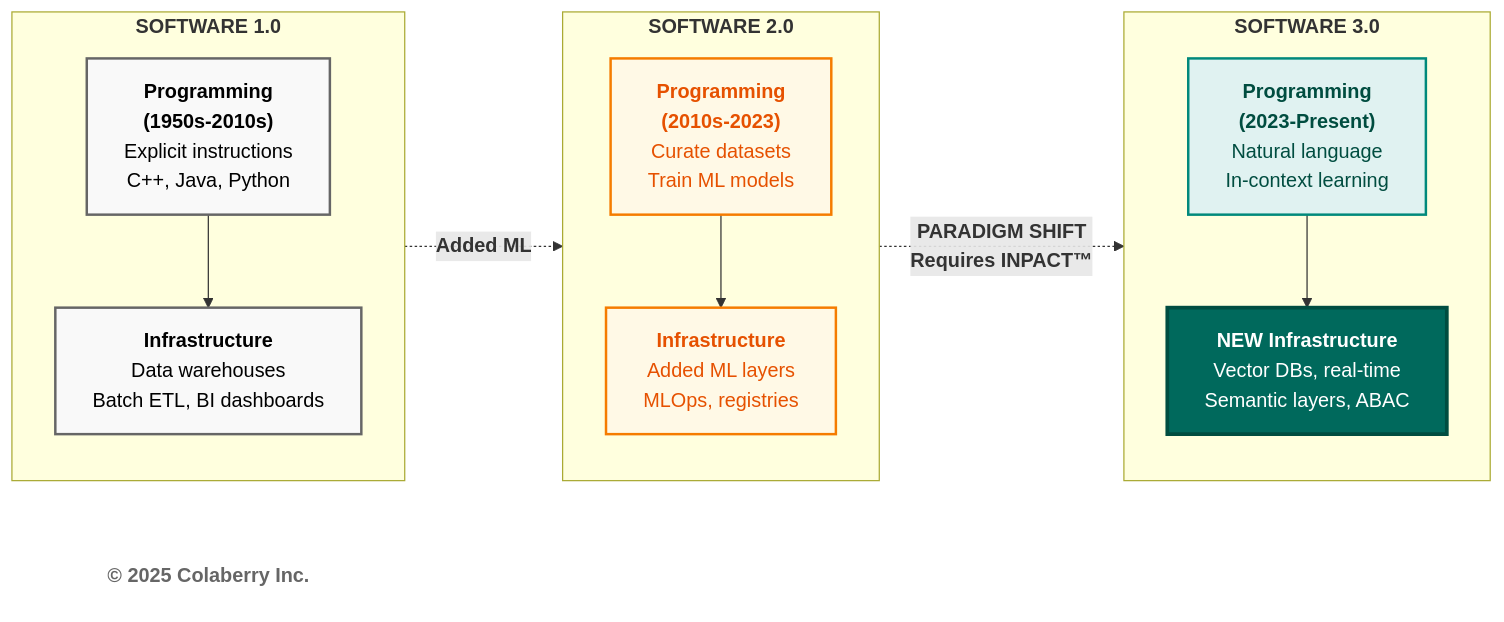
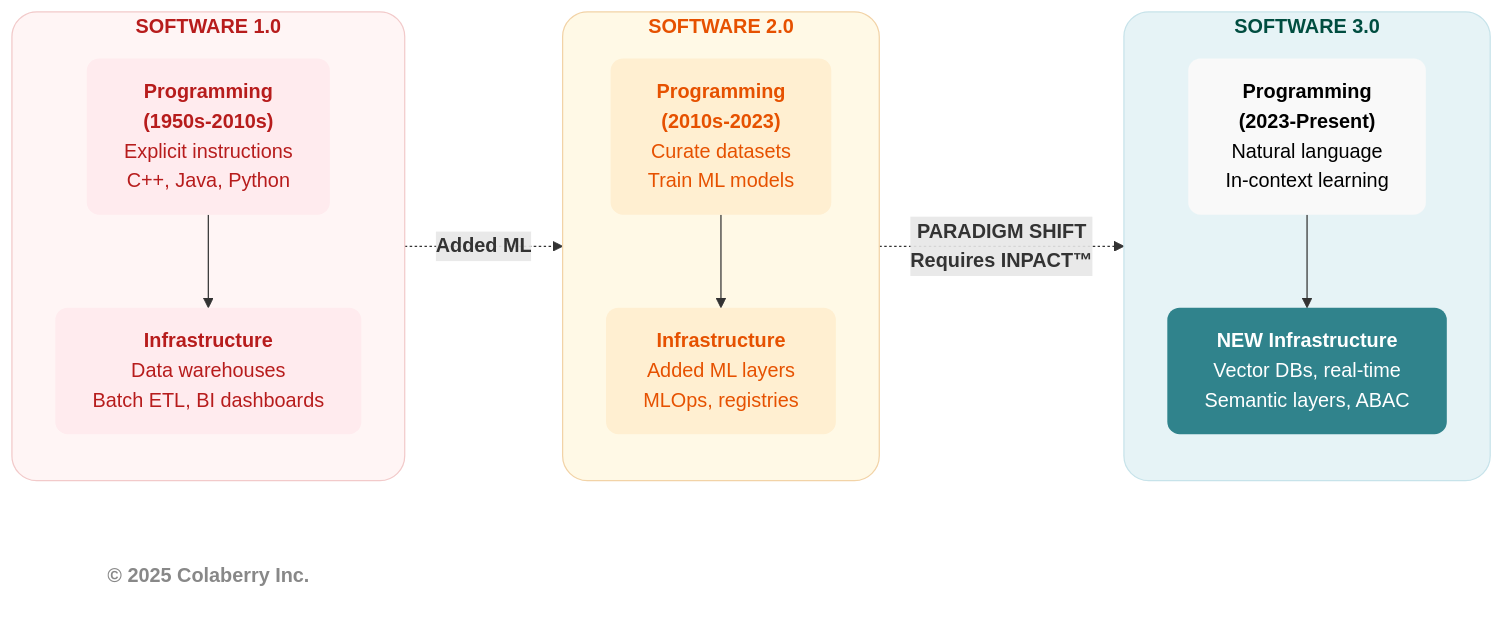
One commit to saitejesh-cyber/trust-before-intelligence-book changed the second of 4 diagrams in manuscript/04_chapter_3_from_bi_to_agent.md. Above: the diagram before and after it, drawn with Mermaid. The commit also changed other lines of this file and 4 other files, not shown here.

Commit message:
Chapter 1to5: Updated mermaid diagrams based on new colaberry color code

````diff
--- a/manuscript/04_chapter_3_from_bi_to_agent.md
+++ b/manuscript/04_chapter_3_from_bi_to_agent.md
@@ -138,42 +138,46 @@
 ```mermaid
 graph LR
     subgraph era1["<b>SOFTWARE 1.0</b>"]
         direction TB
         P1["<b>Programming</b><br/><b>(1950s-2010s)</b><br/>Explicit instructions<br/>C++, Java, Python"]
         I1["<b>Infrastructure</b><br/>Data warehouses<br/>Batch ETL, BI dashboards"]
         P1 --> I1
     end
     
     subgraph era2["<b>SOFTWARE 2.0</b>"]
         direction TB
         P2["<b>Programming</b><br/><b>(2010s-2023)</b><br/>Curate datasets<br/>Train ML models"]
         I2["<b>Infrastructure</b><br/>Added ML layers<br/>MLOps, registries"]
         P2 --> I2
     end
     
     subgraph era3["<b>SOFTWARE 3.0</b>"]
         direction TB
         P3["<b>Programming</b><br/><b>(2023-Present)</b><br/>Natural language<br/>In-context learning"]
         I3["<b>NEW Infrastructure</b><br/>Vector DBs, real-time<br/>Semantic layers, ABAC"]
         P3 --> I3
     end
     
+    era1 -.->|<b>Added ML</b>| era2
+    era2 -.->|<b>PARADIGM SHIFT<br/>Requires INPACT™</b>| era3
+    
     Copyright["<b>© 2025 Colaberry Inc.</b>"]
-    
-    era1 -.->|<b>Added ML</b>| era2
-    era2 -.->|<b>PARADIGM SHIFT <br> Requires INPACT™ </b>| era3
-    
-    %% Era 1 - Neutral/Gray (Old)
-    style P1 fill:#f9f9f9,stroke:#666666,stroke-width:2px,color:#000000
-    style I1 fill:#f9f9f9,stroke:#666666,stroke-width:2px,color:#000000
-    
-    %% Era 2 - Orange (Transition/ML Addition)
-    style P2 fill:#fff9e6,stroke:#f57c00,stroke-width:2px,color:#e65100
-    style I2 fill:#fff9e6,stroke:#f57c00,stroke-width:2px,color:#e65100
-    
-    %% Era 3 - Teal (Modern/Agent-Ready)
-    style P3 fill:#e0f2f1,stroke:#00897b,stroke-width:2px,color:#004d40
-    style I3 fill:#00695c,color:#ffffff,stroke:#004d40,stroke-width:3px
-    
-    style Copyright fill:#ffffff,stroke:none,color:#666666
+
+    %% 🔴 SOFTWARE 1.0 — FAILURE / BI-ERA
+    style era1 fill:#fff5f5,stroke:#f2caca,stroke-width:1px,color:#b71c1c,rx:20,ry:20
+    style P1 fill:#ffebee,stroke:none,color:#b71c1c,rx:10,ry:10
+    style I1 fill:#ffebee,stroke:none,color:#b71c1c,rx:10,ry:10
+
+    %% 🟠 SOFTWARE 2.0 — INTERMEDIATE / PRESSURE
+    style era2 fill:#fff9e6,stroke:#f2d3a7,stroke-width:1px,color:#e65100,rx:20,ry:20
+    style P2 fill:#ffefd1,stroke:none,color:#e65100,rx:10,ry:10
+    style I2 fill:#ffefd1,stroke:none,color:#e65100,rx:10,ry:10
+
+    %% 🟢 SOFTWARE 3.0 — TRUSTED / INPACT™-FULFILLED
+    style era3 fill:#e6f3f6,stroke:#c7e3ea,stroke-width:1px,color:#004d40,rx:20,ry:20
+    style P3 fill:#f9f9f9,stroke:none,color:#000000,rx:10,ry:10
+    style I3 fill:#30838C,stroke:none,color:#ffffff,rx:10,ry:10
+
+    %% FOOTER
+    style Copyright fill:none,stroke:none,color:#888888
 ```
````
